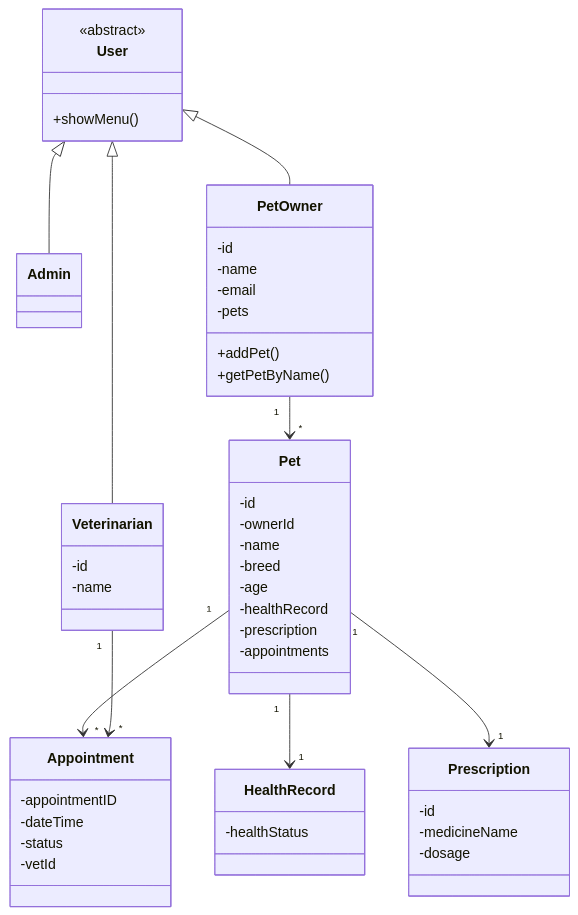
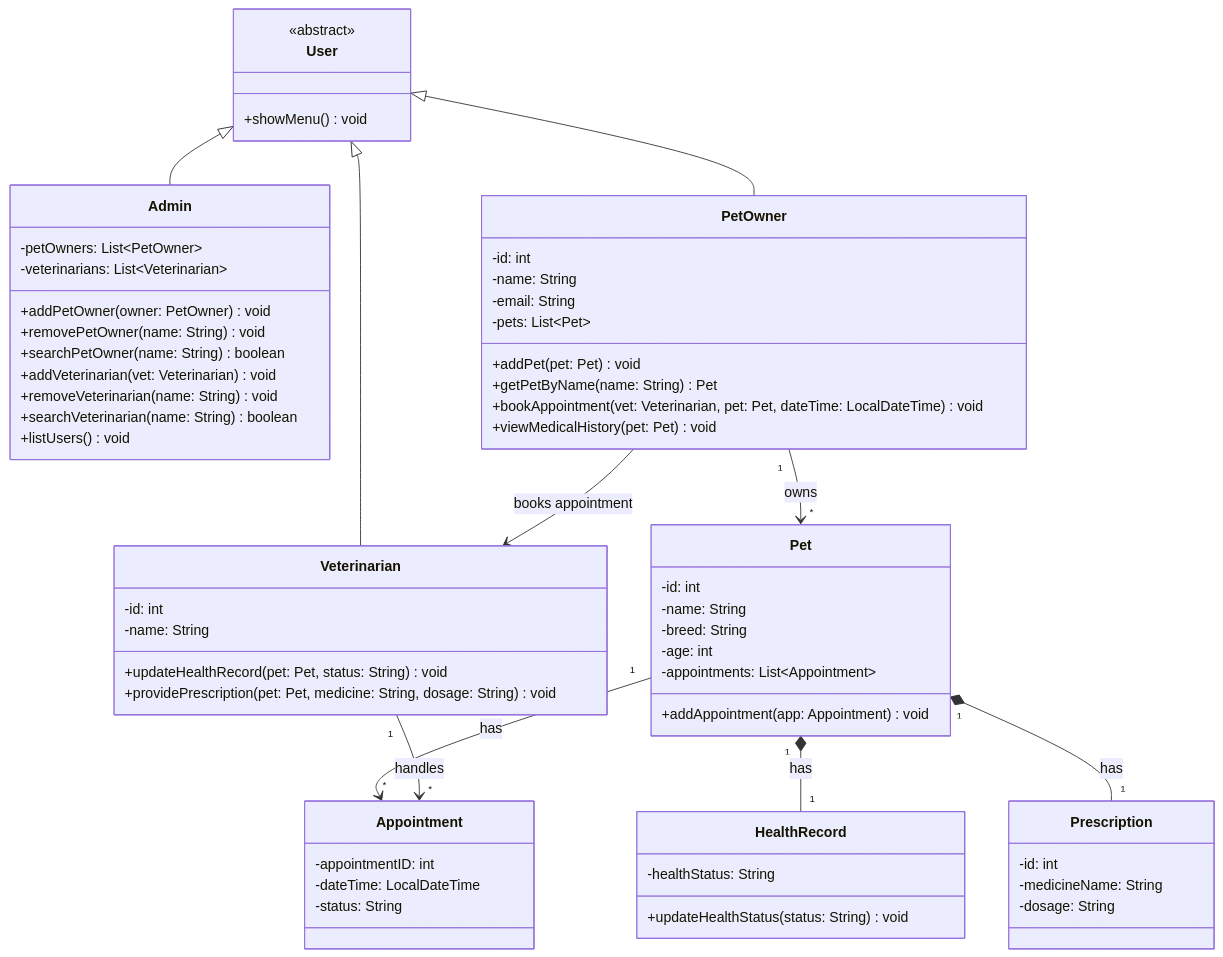
The diagram in README.md (KarimAmr05/PetClinicSystem), drawn with Mermaid before and after one commit. The commit also changed other lines of this file, not shown here.

Commit message:
Updating UML Class Diagram
Updated UML class diagram to reflect changes in user classes and relationships.

````diff
--- a/README.md
+++ b/README.md
@@ -92,64 +92,94 @@
 ```mermaid
 classDiagram
 
+%% =========================
+%% Abstract Base Class
+%% =========================
 class User {
     <<abstract>>
-    +showMenu()
+    +showMenu() void
 }
 
-class Admin
-class PetOwner
-class Veterinarian
+%% =========================
+%% Core Users
+%% =========================
+class Admin {
+    -petOwners: List~PetOwner~
+    -veterinarians: List~Veterinarian~
+    +addPetOwner(owner: PetOwner) void
+    +removePetOwner(name: String) void
+    +searchPetOwner(name: String) boolean
+    +addVeterinarian(vet: Veterinarian) void
+    +removeVeterinarian(name: String) void
+    +searchVeterinarian(name: String) boolean
+    +listUsers() void
+}
 
+class PetOwner {
+    -id: int
+    -name: String
+    -email: String
+    -pets: List~Pet~
+    +addPet(pet: Pet) void
+    +getPetByName(name: String) Pet
+    +bookAppointment(vet: Veterinarian, pet: Pet, dateTime: LocalDateTime) void
+    +viewMedicalHistory(pet: Pet) void
+}
+
+class Veterinarian {
+    -id: int
+    -name: String
+    +updateHealthRecord(pet: Pet, status: String) void
+    +providePrescription(pet: Pet, medicine: String, dosage: String) void
+}
+
+%% =========================
+%% Domain Entities
+%% =========================
+class Pet {
+    -id: int
+    -name: String
+    -breed: String
+    -age: int
+    -appointments: List~Appointment~
+    +addAppointment(app: Appointment) void
+}
+
+class Appointment {
+    -appointmentID: int
+    -dateTime: LocalDateTime
+    -status: String
+}
+
+class HealthRecord {
+    -healthStatus: String
+    +updateHealthStatus(status: String) void
+}
+
+class Prescription {
+    -id: int
+    -medicineName: String
+    -dosage: String
+}
+
+%% =========================
+%% Inheritance
+%% =========================
 User <|-- Admin
 User <|-- PetOwner
 User <|-- Veterinarian
 
-class PetOwner {
-    -id
-    -name
-    -email
-    -pets
-    +addPet()
-    +getPetByName()
-}
+%% =========================
+%% Relationships
+%% =========================
+PetOwner "1" --> "*" Pet : owns
+Pet "1" --> "*" Appointment : has
+Veterinarian "1" --> "*" Appointment : handles
 
-class Veterinarian {
-    -id
-    -name
-}
+%% Composition (Strong Ownership)
+Pet "1" *-- "1" HealthRecord : has
+Pet "1" *-- "1" Prescription : has
 
-class Pet {
-    -id
-    -ownerId
-    -name
-    -breed
-    -age
-    -healthRecord
-    -prescription
-    -appointments
-}
-
-class Appointment {
-    -appointmentID
-    -dateTime
-    -status
-    -vetId
-}
-
-class HealthRecord {
-    -healthStatus
-}
-
-class Prescription {
-    -id
-    -medicineName
-    -dosage
-}
-
-PetOwner "1" --> "*" Pet
-Pet "1" --> "*" Appointment
-Pet "1" --> "1" HealthRecord
-Pet "1" --> "1" Prescription
-Veterinarian "1" --> "*" Appointment
+%% Interaction
+PetOwner --> Veterinarian : books appointment
 ```
````
